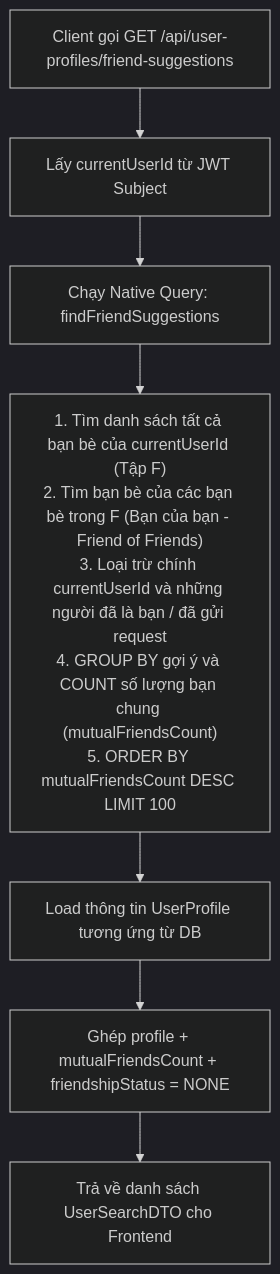
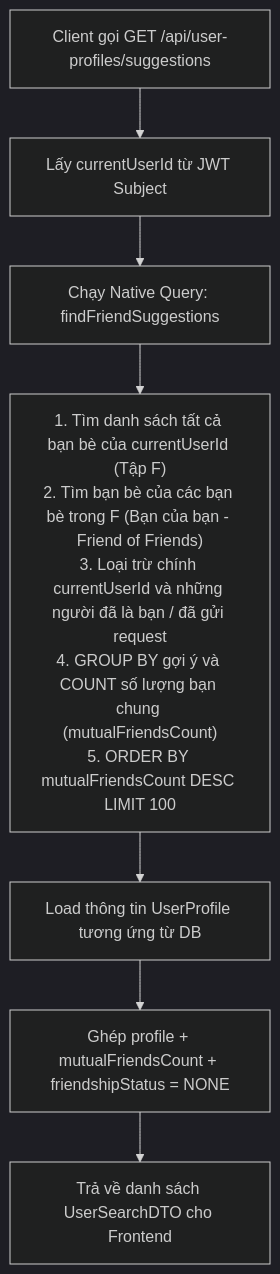
The third of 4 diagrams in docs/02-architecture/data-flow.md (MinhElly/fakebook), drawn with Mermaid (dark theme) before and after one commit. The commit also changed other lines of this file and 18 other files, not shown here.

````diff
--- a/docs/02-architecture/data-flow.md
+++ b/docs/02-architecture/data-flow.md
@@ -71,11 +71,11 @@
 ```mermaid
 flowchart TD
-    Req[Client gọi GET /api/user-profiles/friend-suggestions] --> GetSubject[Lấy currentUserId từ JWT Subject]
+    Req[Client gọi GET /api/user-profiles/suggestions] --> GetSubject[Lấy currentUserId từ JWT Subject]
     GetSubject --> SQL[Chạy Native Query: findFriendSuggestions]
     
     SQL --> Logic["1. Tìm danh sách tất cả bạn bè của currentUserId (Tập F)<br/>2. Tìm bạn bè của các bạn bè trong F (Bạn của bạn - Friend of Friends)<br/>3. Loại trừ chính currentUserId và những người đã là bạn / đã gửi request<br/>4. GROUP BY gợi ý và COUNT số lượng bạn chung (mutualFriendsCount)<br/>5. ORDER BY mutualFriendsCount DESC LIMIT 100"]
     
     Logic --> Hydrate[Load thông tin UserProfile tương ứng từ DB]
     Hydrate --> DTO[Ghép profile + mutualFriendsCount + friendshipStatus = NONE]
     DTO --> Resp[Trả về danh sách UserSearchDTO cho Frontend]
 ```
````
